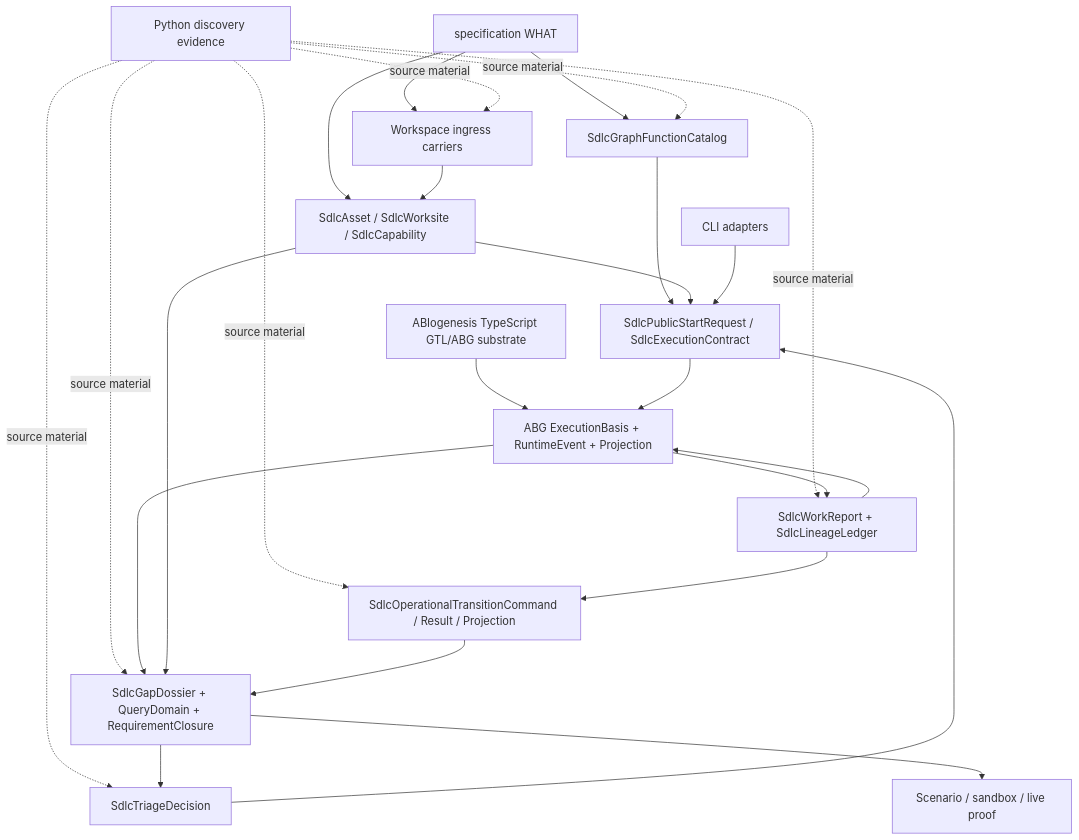
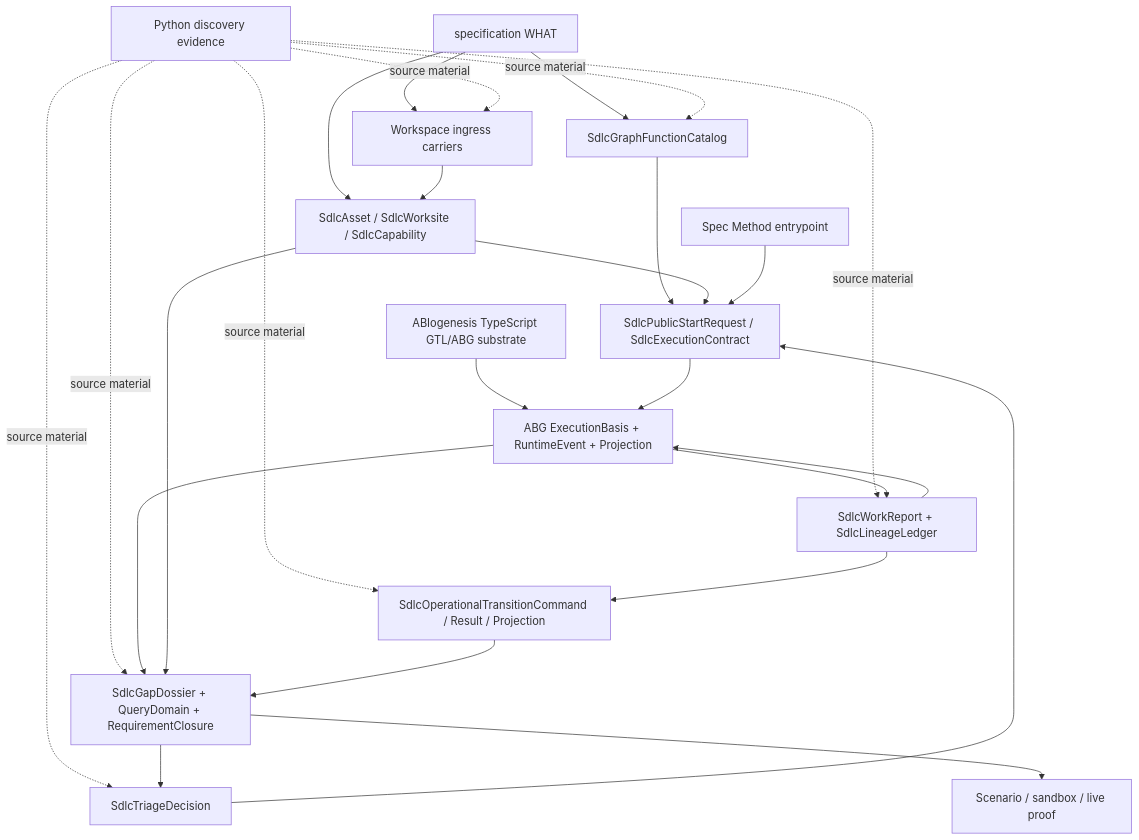
The diagram in build_tenants/typescript/design/ODD_SDLC_TYPESCRIPT_TENANT_STRUCTURAL_CARRIER_DIAGRAM.md (foolishimp/odd_sdlc), drawn with Mermaid before and after one commit. The commit also changed 106 other files, not shown here.

````diff
--- a/build_tenants/typescript/design/ODD_SDLC_TYPESCRIPT_TENANT_STRUCTURAL_CARRIER_DIAGRAM.md
+++ b/build_tenants/typescript/design/ODD_SDLC_TYPESCRIPT_TENANT_STRUCTURAL_CARRIER_DIAGRAM.md
@@ -14,44 +14,44 @@
 ```mermaid
 flowchart TD
   Spec[specification WHAT]
   Py[Python discovery evidence]
   Abiogenesis[ABIogenesis TypeScript GTL/ABG substrate]
 
   Graph[SdlcGraphFunctionCatalog]
   Domain[SdlcAsset / SdlcWorksite / SdlcCapability]
   Workspace[Workspace ingress carriers]
   Start[SdlcPublicStartRequest / SdlcExecutionContract]
   ABG[ABG ExecutionBasis + RuntimeEvent + Projection]
   Hooks[SdlcWorkReport + SdlcLineageLedger]
   Projection[SdlcGapDossier + QueryDomain + RequirementClosure]
   Triage[SdlcTriageDecision]
   Operational[SdlcOperationalTransitionCommand / Result / Projection]
-  CLI[CLI adapters]
+  SpecMethod[Spec Method entrypoint]
   Qualification[Scenario / sandbox / live proof]
 
   Spec --> Graph
   Spec --> Domain
   Spec --> Workspace
   Py -.source material.-> Graph
   Py -.source material.-> Workspace
   Py -.source material.-> Hooks
   Py -.source material.-> Projection
   Py -.source material.-> Triage
   Py -.source material.-> Operational
   Abiogenesis --> ABG
 
   Graph --> Start
   Domain --> Start
   Workspace --> Domain
-  CLI --> Start
+  SpecMethod --> Start
   Start --> ABG
   ABG --> Hooks
   Hooks --> ABG
   ABG --> Projection
   Domain --> Projection
   Projection --> Triage
   Triage --> Start
   Operational --> Projection
   Hooks --> Operational
   Projection --> Qualification
 ```
````
